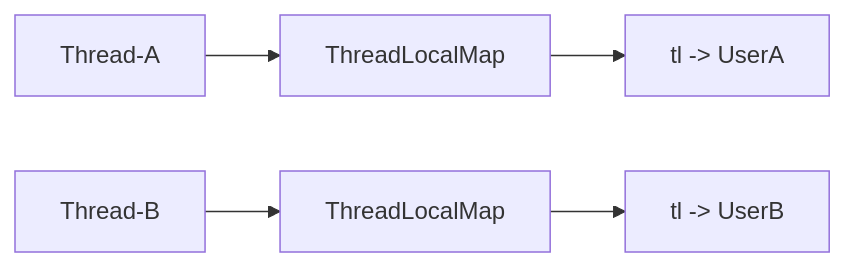
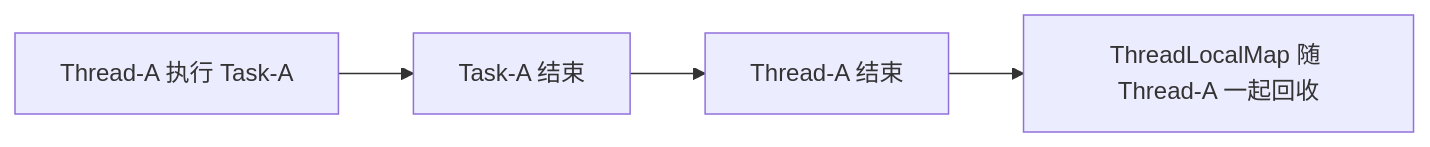
The diagram in images/Java-concurrency/IMG-20260707-000080.mmd (rebibabo/rebibabo.github.io), drawn with Mermaid before and after one commit. The commit also changed 341 other files, not shown here.

```diff
--- a/images/Java-concurrency/IMG-20260707-000080.mmd
+++ b/images/Java-concurrency/IMG-20260707-000080.mmd
@@ -1,3 +1,2 @@
 graph LR
-    A["Thread-A"] --> B["ThreadLocalMap"] --> C["tl -> UserA"]
-    D["Thread-B"] --> E["ThreadLocalMap"] --> F["tl -> UserB"]
+    A["Thread-A 执行 Task-A"] --> B["Task-A 结束"] --> C["Thread-A 结束"] --> D["ThreadLocalMap 随 Thread-A 一起回收"]
```
